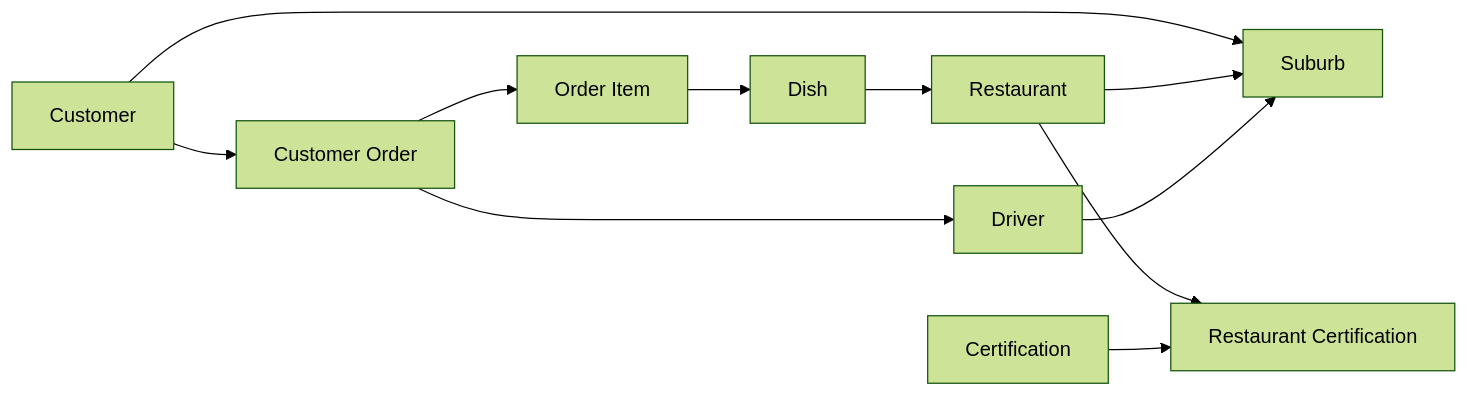
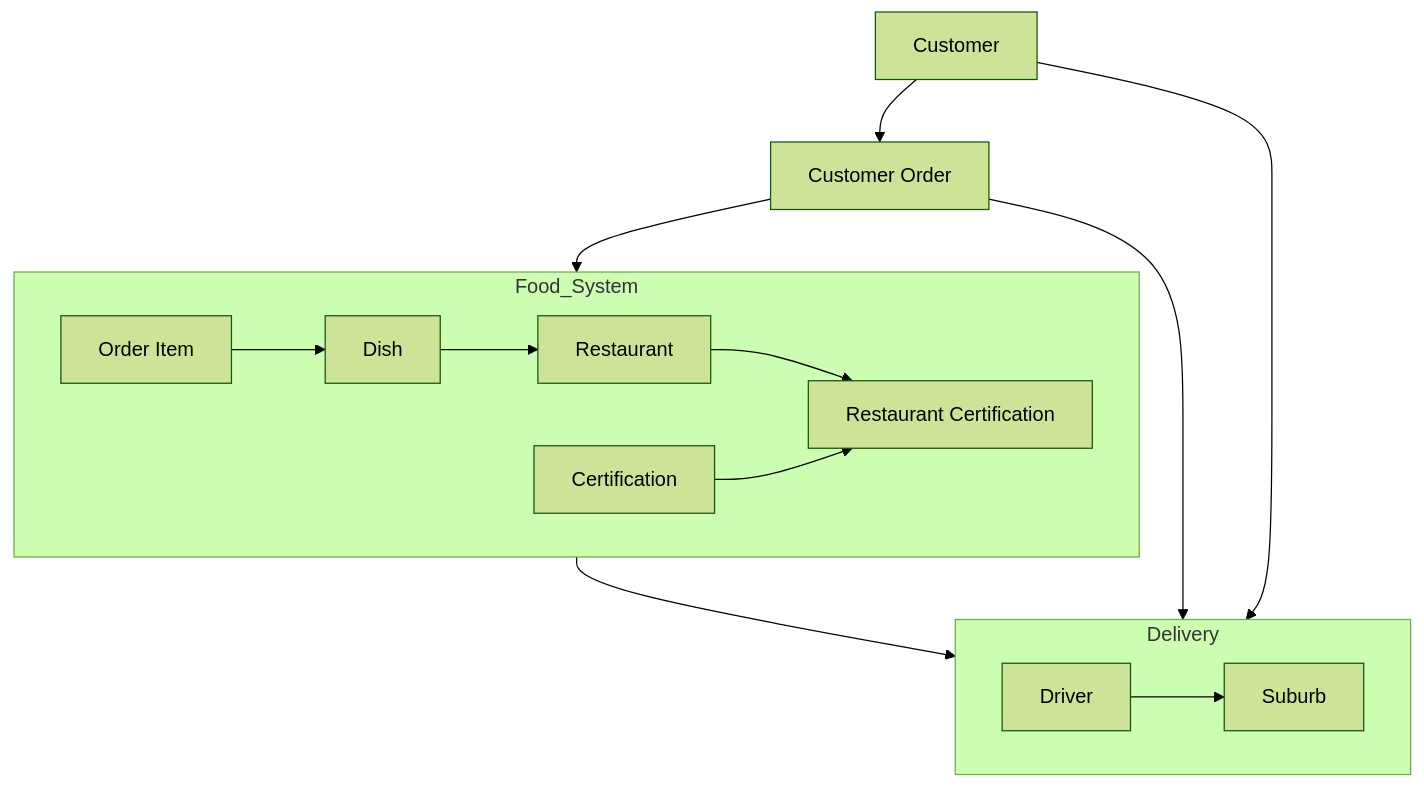
One commit to NosrevytsNg/Relational-Design-SQL-Implementation-Food-Delivery-Database-System changed the second of 3 diagrams in README.md. Above: the diagram before and after it, drawn with Mermaid (forest theme). The commit also changed other lines of this file, not shown here.

Commit message:
update database structure flowchart

````diff
--- a/README.md
+++ b/README.md
@@ -67,27 +67,35 @@
 ```mermaid
-flowchart LR
+flowchart TB
 
 Customer[Customer]
 Order[Customer Order]
+
+%% Upper section (Driver chain)
+subgraph Delivery
+direction LR
+Driver[Driver]
+Suburb[Suburb]
+Driver --> Suburb
+end
+
+%% Lower section (Food chain)
+subgraph Food_System
+direction LR
 OrderItem[Order Item]
 Dish[Dish]
 Restaurant[Restaurant]
-Driver[Driver]
-Suburb[Suburb]
 Certification[Certification]
 RestaurantCertification[Restaurant Certification]
 
-Order --> Driver
+OrderItem --> Dish
+Dish --> Restaurant
+Restaurant --> RestaurantCertification
+Certification --> RestaurantCertification
+end
 
 Customer --> Order
 Order --> OrderItem
-OrderItem --> Dish
-Dish --> Restaurant
-
+Order --> Driver
 Customer --> Suburb
 Restaurant --> Suburb
-Driver --> Suburb
-
-Restaurant --> RestaurantCertification
-Certification --> RestaurantCertification
 ```
````
